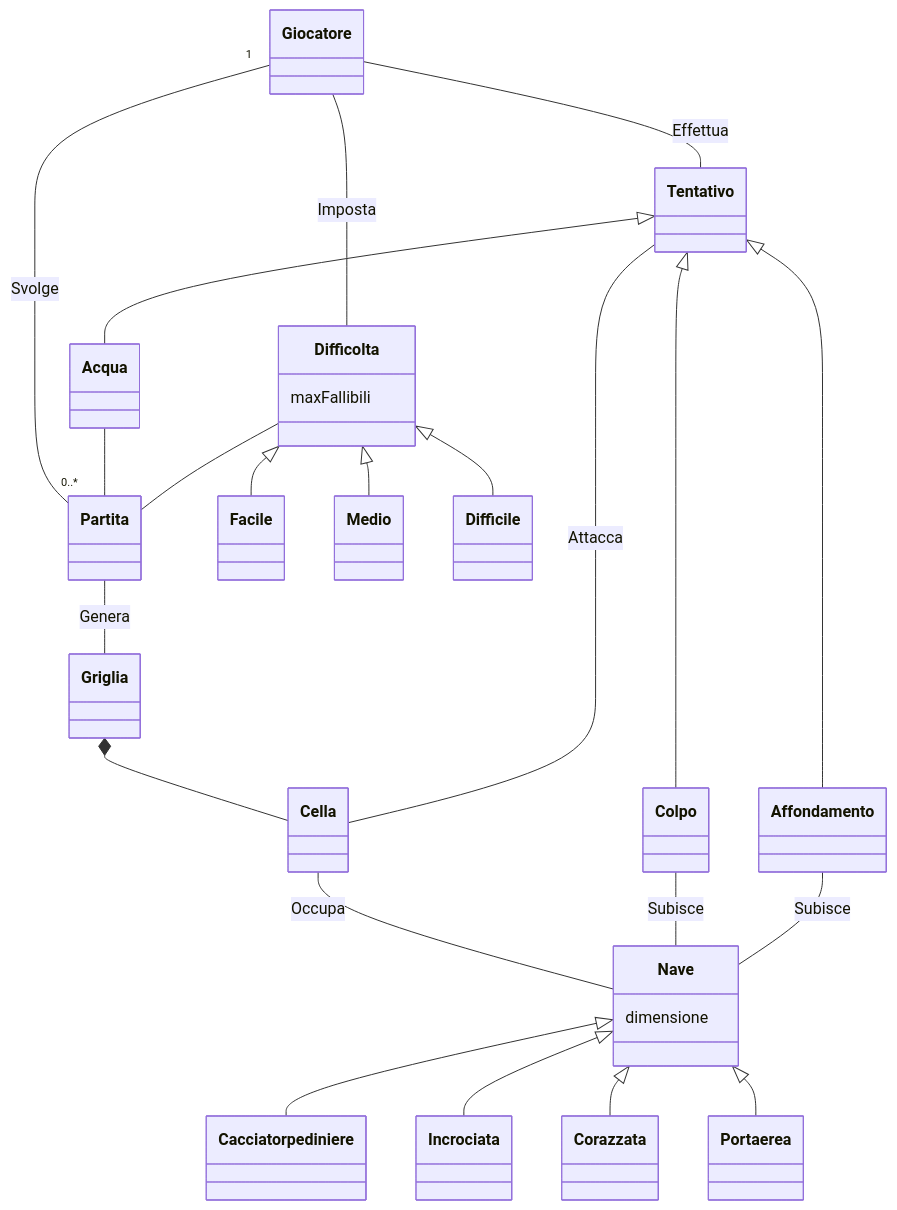
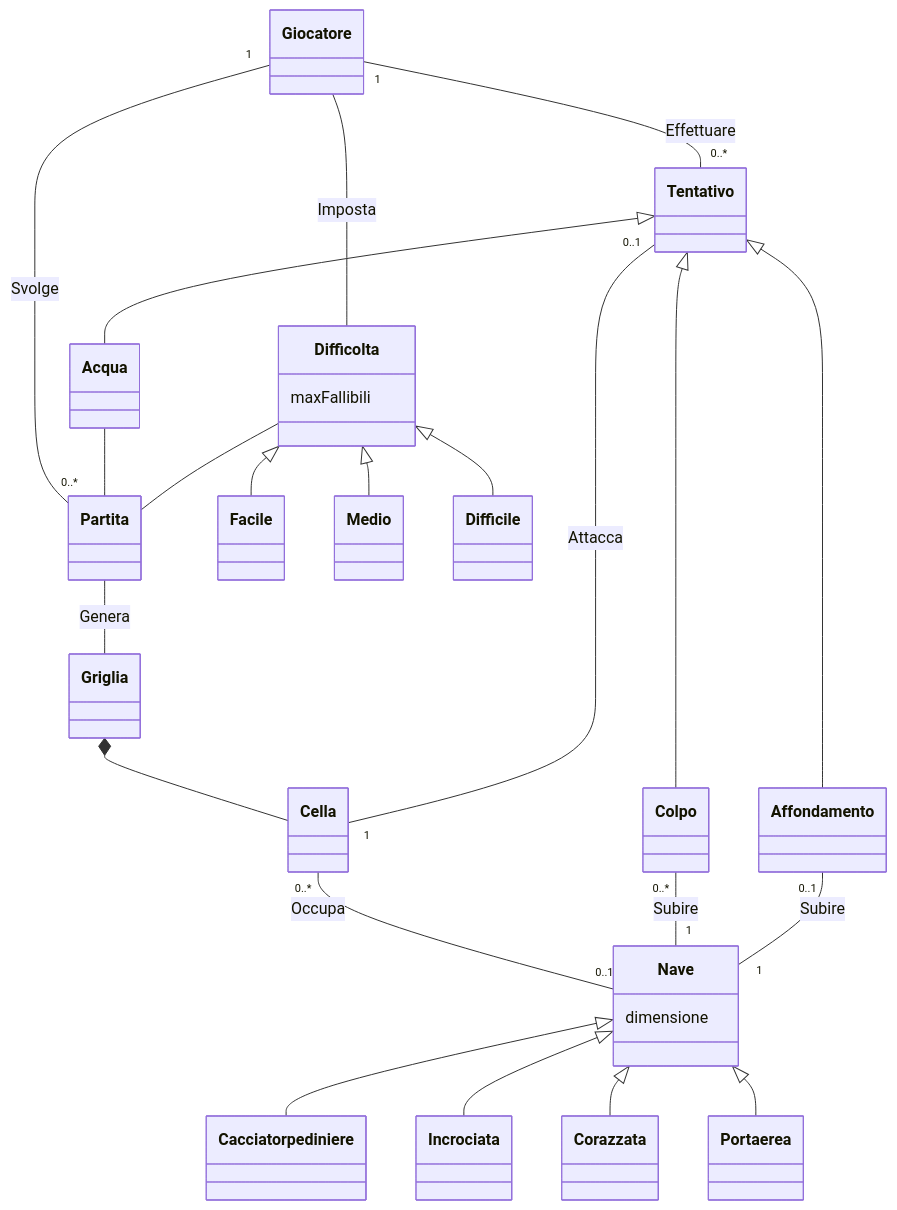
The diagram in docs/Report.md (softeng2223-inf-uniba/progetto2223-thacker), drawn with Mermaid before and after one commit.

Commit message:
Aggiunte molteplicità varie nel Modello di dominio

````diff
--- a/docs/Report.md
+++ b/docs/Report.md
@@ -7,42 +7,42 @@
 ```mermaid
     
     classDiagram
         
-        Giocatore -- Tentativo : Effettua
+        Giocatore "1" -- "0..*" Tentativo : Effettuare
         Giocatore "1" -- "0..*" Partita : Svolge
         Giocatore -- Difficolta : Imposta
 
         Partita -- Griglia : Genera
         Griglia *-- Cella
-        Cella -- Nave : Occupa
-        Tentativo -- Cella : Attacca
+        Cella "0..*" -- "0..1" Nave : Occupa
+        Tentativo "0..1" -- "1" Cella : Attacca
 
 
         Nave <|-- Cacciatorpediniere
         Nave <|-- Incrociata
         Nave <|-- Corazzata
         Nave <|-- Portaerea
         
         Tentativo <|-- Acqua
         Tentativo <|-- Colpo
         Tentativo <|-- Affondamento
 
         Acqua -- Partita
-        Colpo -- Nave : Subisce
-        Affondamento -- Nave : Subisce
+        Colpo "0..*" -- "1" Nave : Subire
+        Affondamento "0..1" -- "1" Nave : Subire
 
         Difficolta -- Partita
         Difficolta <|-- Facile
         Difficolta <|-- Medio
         Difficolta <|-- Difficile
 
         class Nave{
             dimensione
         }
 
         class Difficolta{
             maxFallibili
         }
 
 
 ```
````
